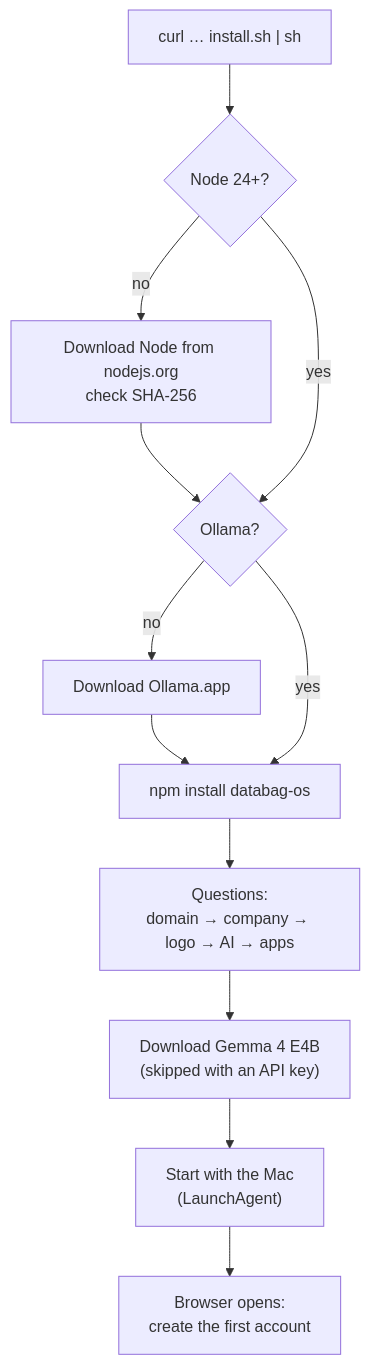
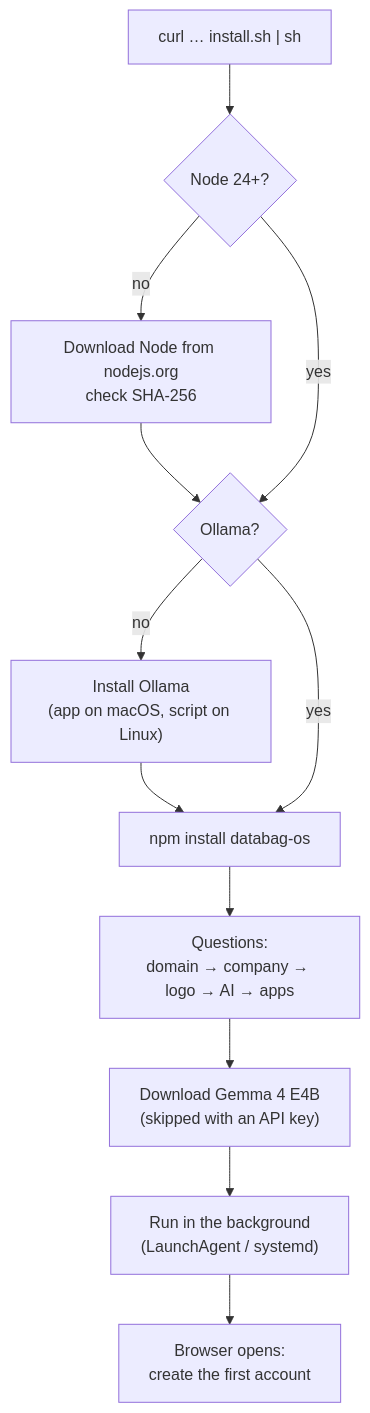
Before and after one commit to vinodkumarbhovi/databag-os: the fourth of 4 diagrams in docs/architecture.md, drawn with Mermaid. The commit also changed other lines of this file and 19 other files, not shown here.

First line of the commit message:
Run anywhere: laptops, Mac Minis, VMs and servers

````diff
--- a/docs/architecture.md
+++ b/docs/architecture.md
@@ -101,12 +101,12 @@
 ```mermaid
 flowchart TB
   A["curl … install.sh | sh"] --> B{"Node 24+?"}
   B -- no --> B1["Download Node from nodejs.org<br/>check SHA-256"] --> C
   B -- yes --> C{"Ollama?"}
-  C -- no --> C1["Download Ollama.app"] --> D
+  C -- no --> C1["Install Ollama<br/>(app on macOS, script on Linux)"] --> D
   C -- yes --> D["npm install databag-os"]
   D --> E["Questions:<br/>domain → company → logo → AI → apps"]
   E --> F["Download Gemma 4 E4B<br/>(skipped with an API key)"]
-  F --> G["Start with the Mac<br/>(LaunchAgent)"]
+  F --> G["Run in the background<br/>(LaunchAgent / systemd)"]
   G --> H["Browser opens:<br/>create the first account"]
 ```
````
